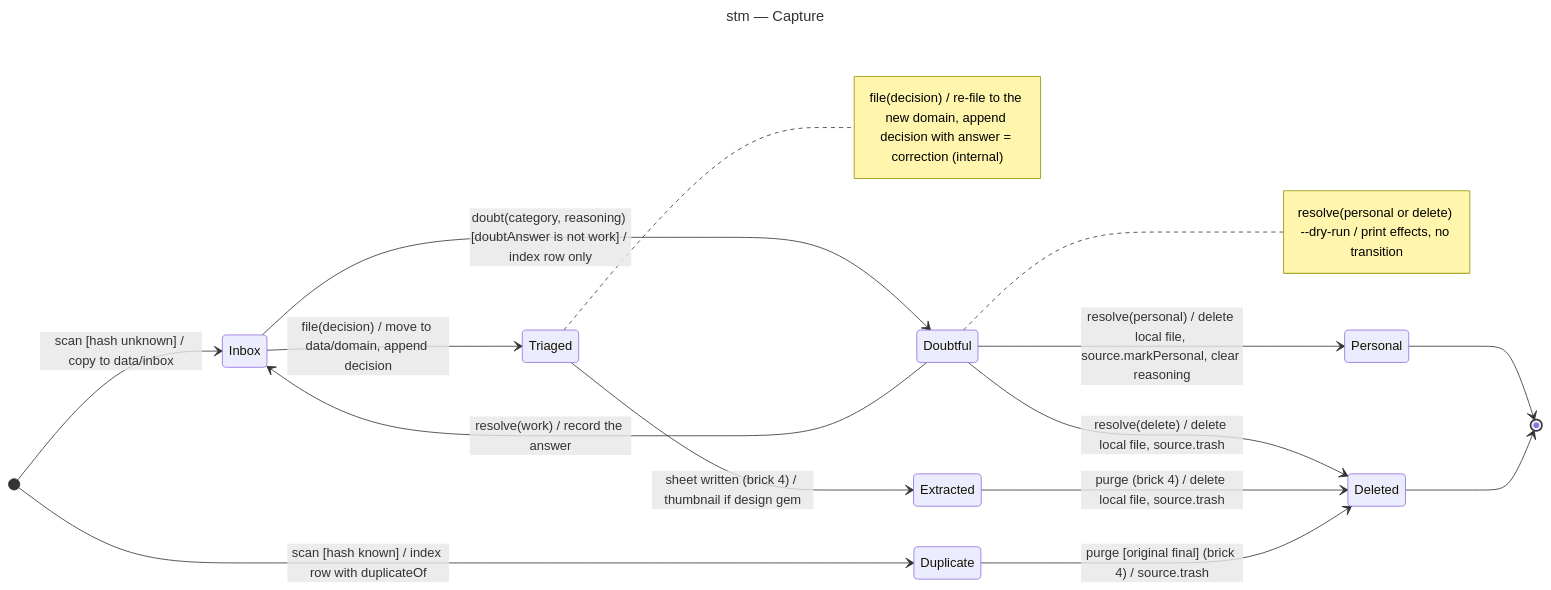
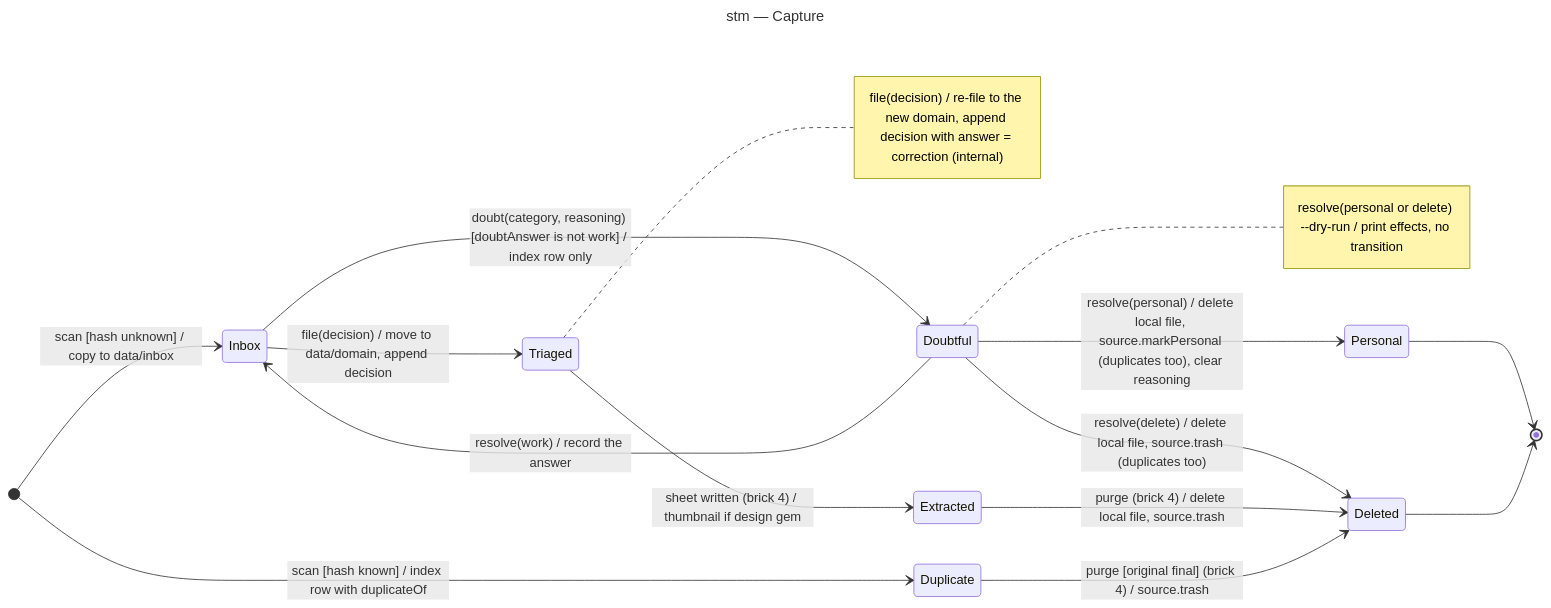
Before and after one commit to benoit-bremaud/screenshot-triage: the diagram in docs/architecture/diagrams/triage/05-state-capture.md, drawn with Mermaid. The commit also changed other lines of this file and 10 other files, not shown here.

First line of the commit message:
docs(triage/architecture): name local copies by id and settle duplicates with their original

````diff
--- a/docs/architecture/diagrams/triage/05-state-capture.md
+++ b/docs/architecture/diagrams/triage/05-state-capture.md
@@ -13,25 +13,25 @@
 ```mermaid
 ---
 title: stm — Capture
 ---
 stateDiagram-v2
   direction LR
   [*] --> Inbox: scan [hash unknown] / copy to data/inbox
   [*] --> Duplicate: scan [hash known] / index row with duplicateOf
   Inbox --> Triaged: file(decision) / move to data/domain, append decision
   Inbox --> Doubtful: doubt(category, reasoning) [doubtAnswer is not work] / index row only
   Doubtful --> Inbox: resolve(work) / record the answer
-  Doubtful --> Personal: resolve(personal) / delete local file, source.markPersonal, clear reasoning
-  Doubtful --> Deleted: resolve(delete) / delete local file, source.trash
+  Doubtful --> Personal: resolve(personal) / delete local file, source.markPersonal (duplicates too), clear reasoning
+  Doubtful --> Deleted: resolve(delete) / delete local file, source.trash (duplicates too)
   Triaged --> Extracted: sheet written (brick 4) / thumbnail if design gem
   Extracted --> Deleted: purge (brick 4) / delete local file, source.trash
   Duplicate --> Deleted: purge [original final] (brick 4) / source.trash
   Personal --> [*]
   Deleted --> [*]
   note right of Triaged
     file(decision) / re-file to the new domain, append decision with answer = correction (internal)
   end note
   note right of Doubtful
     resolve(personal or delete) --dry-run / print effects, no transition
   end note
 ```
````
